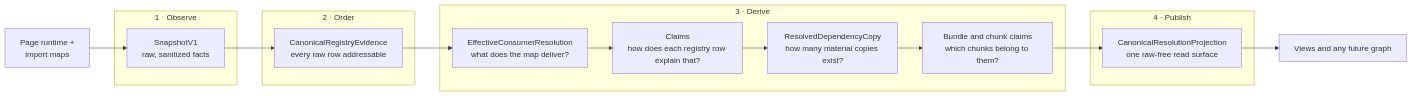
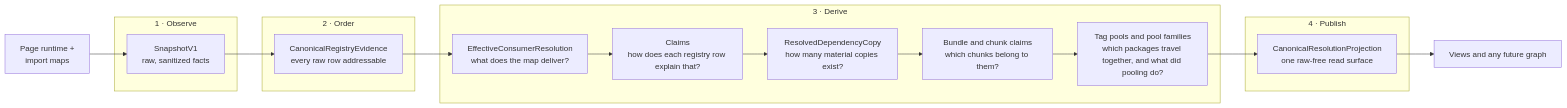
Before and after one commit to lutzleonhardt/native-federation-devtools: the first of 6 diagrams in docs/resolution-data-model.md, drawn with Mermaid. The commit also changed other lines of this file and 4 other files, not shown here.

Commit message:
docs: document the Pools tab and pooling derivations

````diff
--- a/docs/resolution-data-model.md
+++ b/docs/resolution-data-model.md
@@ -20,23 +20,24 @@
 ```mermaid
 flowchart LR
   subgraph observe ["1 · Observe"]
     snapshot["SnapshotV1<br/>raw, sanitized facts"]
   end
   subgraph order ["2 · Order"]
     evidence["CanonicalRegistryEvidence<br/>every raw row addressable"]
   end
   subgraph derive ["3 · Derive"]
     resolutions["EffectiveConsumerResolution<br/>what does the map deliver?"]
     claims["Claims<br/>how does each registry row explain that?"]
     copies["ResolvedDependencyCopy<br/>how many material copies exist?"]
     bundles["Bundle and chunk claims<br/>which chunks belong to them?"]
+    pools["Tag pools and pool families<br/>which packages travel together, and what did pooling do?"]
   end
   subgraph publish ["4 · Publish"]
     projection["CanonicalResolutionProjection<br/>one raw-free read surface"]
   end
 
   page["Page runtime +<br/>import maps"] --> snapshot
   snapshot --> evidence
-  evidence --> resolutions --> claims --> copies --> bundles --> projection
+  evidence --> resolutions --> claims --> copies --> bundles --> pools --> projection
   projection --> views["Views and any future graph"]
 ```
````
